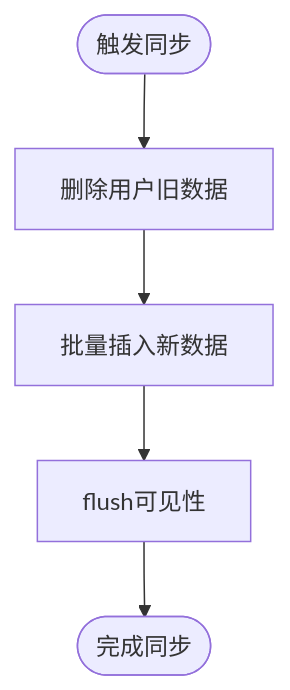
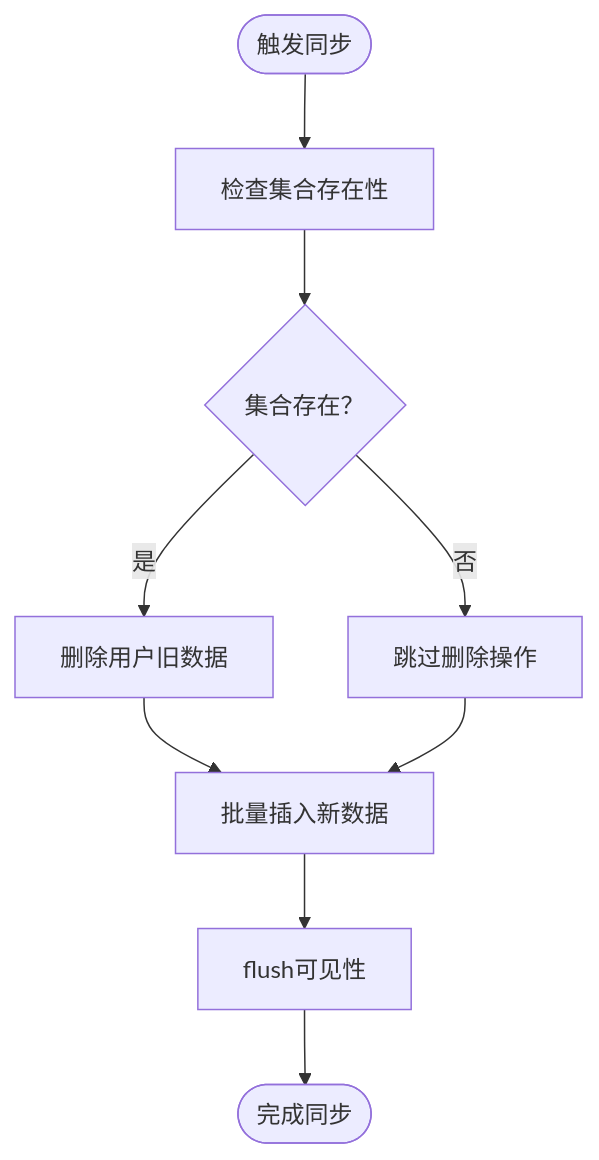
Before and after one commit to ghbbn053-ship-itsoulddog/soulddog: the sixth of 7 diagrams in .qoder/repowiki/zh/content/AI智能问答系统/AI数据处理流程.md, drawn with Mermaid. The commit also changed other lines of this file and 12 other files, not shown here.

````diff
--- a/.qoder/repowiki/zh/content/AI智能问答系统/AI数据处理流程.md
+++ b/.qoder/repowiki/zh/content/AI智能问答系统/AI数据处理流程.md
@@ -194,7 +212,11 @@
 ```mermaid
 flowchart TD
-SyncStart(["触发同步"]) --> Del["删除用户旧数据"]
+SyncStart(["触发同步"]) --> Check["检查集合存在性"]
+Check --> Exists{"集合存在？"}
+Exists --> |是| Del["删除用户旧数据"]
+Exists --> |否| Skip["跳过删除操作"]
 Del --> Insert["批量插入新数据"]
+Skip --> Insert
 Insert --> Flush["flush可见性"]
 Flush --> Done(["完成同步"])
 ```
````
